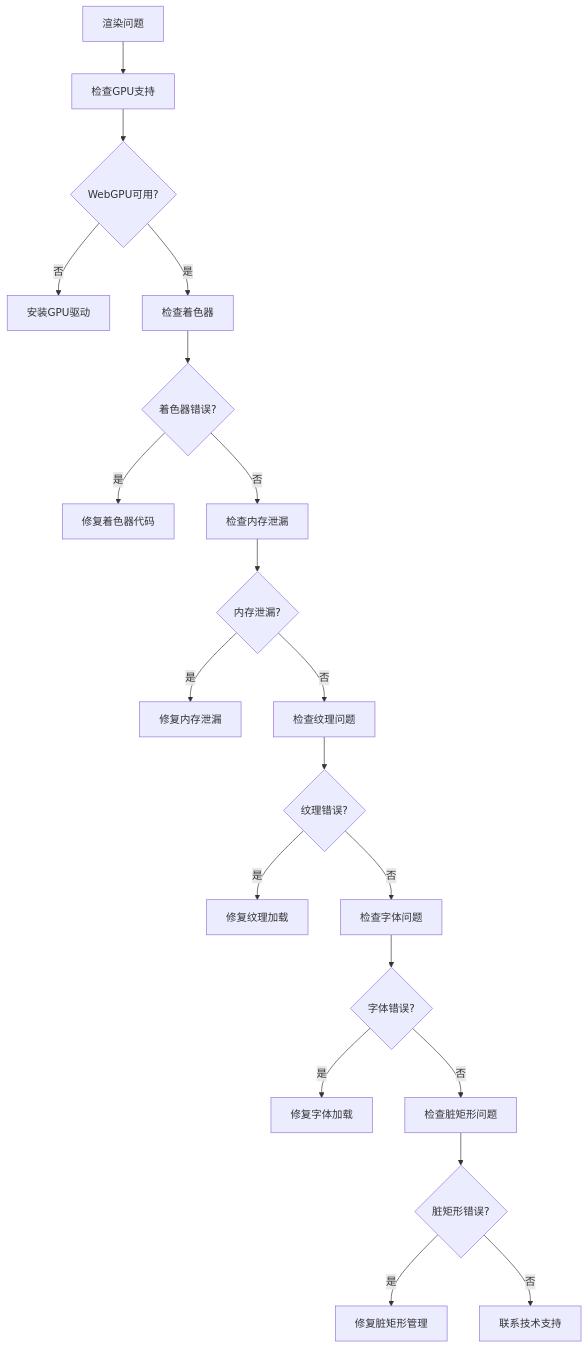
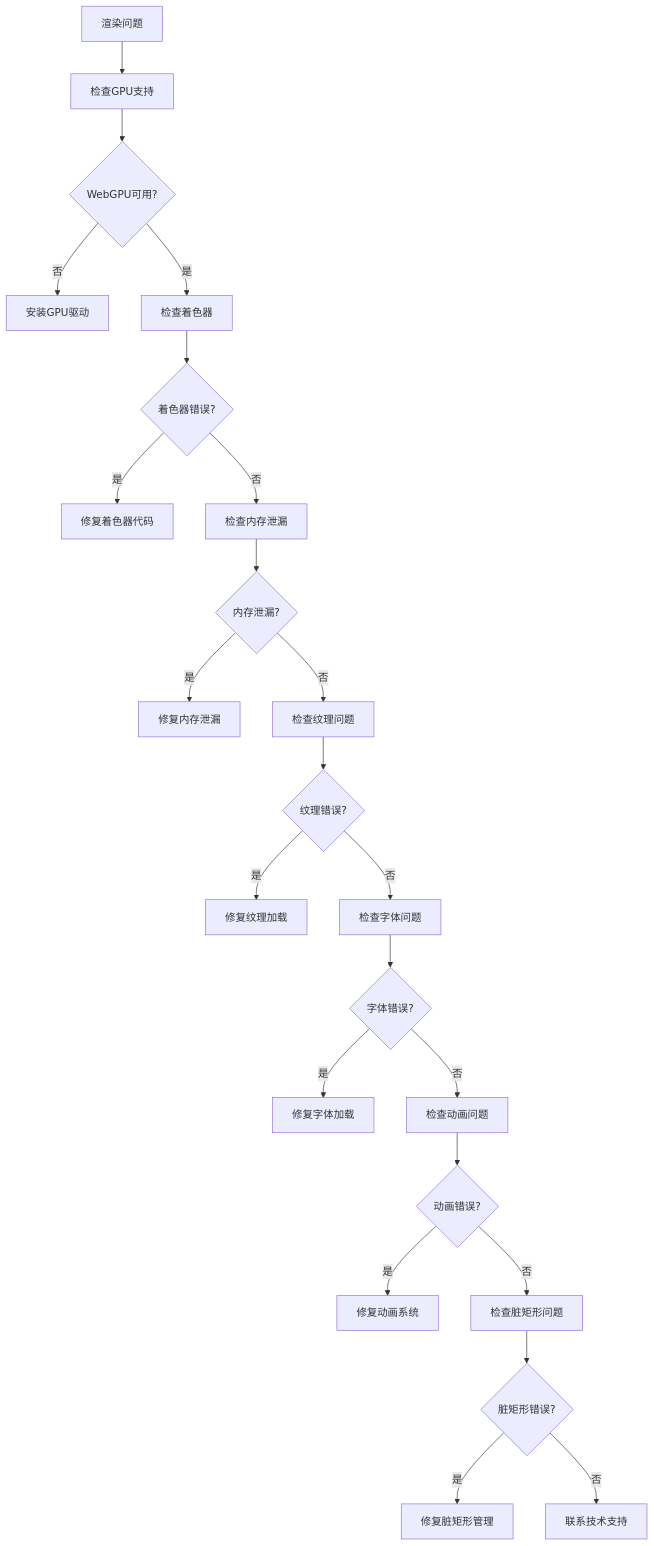
Diagram 34 of 34 in .qoder/repowiki/zh/content/核心功能特性/自研浏览器级渲染能力.md (itszzl-sudo/iris), drawn with Mermaid before and after one commit. The commit also changed other lines of this file and 4 other files, not shown here.

````diff
--- a/.qoder/repowiki/zh/content/核心功能特性/自研浏览器级渲染能力.md
+++ b/.qoder/repowiki/zh/content/核心功能特性/自研浏览器级渲染能力.md
@@ -1149,22 +1231,25 @@
 ```mermaid
 flowchart TD
 Issue[渲染问题] --> CheckGPU[检查GPU支持]
 CheckGPU --> WebGPU{WebGPU可用?}
 WebGPU --> |否| InstallDriver[安装GPU驱动]
 WebGPU --> |是| CheckShaders[检查着色器]
 CheckShaders --> ShaderError{着色器错误?}
 ShaderError --> |是| FixShader[修复着色器代码]
 ShaderError --> |否| CheckMemory[检查内存泄漏]
 CheckMemory --> MemoryLeak{内存泄漏?}
 MemoryLeak --> |是| FixLeak[修复内存泄漏]
 MemoryLeak --> |否| CheckTextures[检查纹理问题]
 CheckTextures --> TextureError{纹理错误?}
 TextureError --> |是| FixTexture[修复纹理加载]
 TextureError --> |否| CheckFonts[检查字体问题]
 CheckFonts --> FontError{字体错误?}
 FontError --> |是| FixFont[修复字体加载]
-FontError --> |否| CheckDirtyRects[检查脏矩形问题]
+FontError --> |否| CheckAnimations[检查动画问题]
+CheckAnimations --> AnimationError{动画错误?}
+AnimationError --> |是| FixAnimation[修复动画系统]
+AnimationError --> |否| CheckDirtyRects[检查脏矩形问题]
 CheckDirtyRects --> DirtyRectError{脏矩形错误?}
 DirtyRectError --> |是| FixDirtyRect[修复脏矩形管理]
 DirtyRectError --> |否| ContactSupport[联系技术支持]
 ```
````
